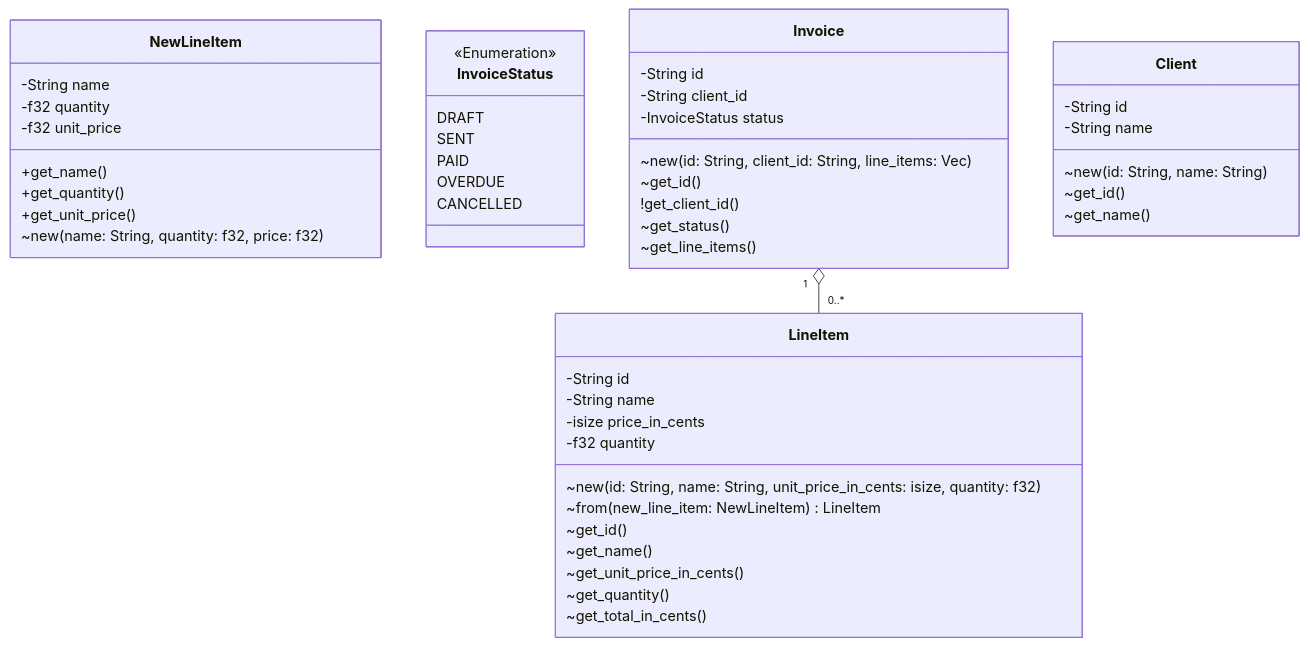
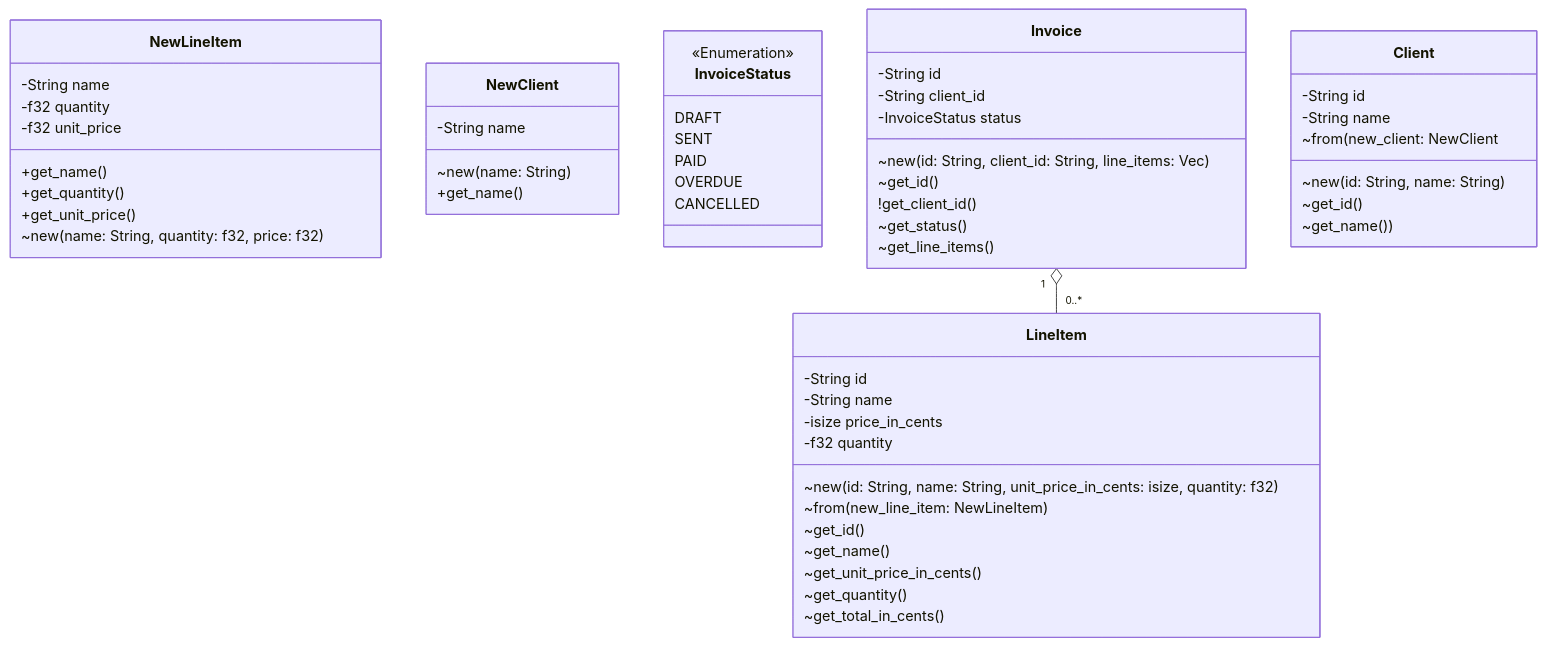
Before and after one commit to imcnaugh/finance_tracker: the diagram in src/model/README.md, drawn with Mermaid. The commit also changed 3 other files, not shown here.

````diff
--- a/src/model/README.md
+++ b/src/model/README.md
@@ -3,63 +3,71 @@
 ```mermaid
 classDiagram
     
     class NewLineItem{
         -String name
         -f32 quantity
         -f32 unit_price
         
         +get_name()
         +get_quantity()
         +get_unit_price()
 
         ~new(name: String, quantity: f32, price: f32)
     }
     
+    class NewClient{
+        -String name
+        
+        ~new(name: String)
+        +get_name()
+    }
+    
     class LineItem{
         -String id
         -String name
         -isize price_in_cents
         -f32 quantity
         
         ~new(id: String, name: String, unit_price_in_cents: isize, quantity: f32)
-        ~from(new_line_item: NewLineItem) LineItem
+        ~from(new_line_item: NewLineItem)
         ~get_id()
         ~get_name()
         ~get_unit_price_in_cents()
         ~get_quantity()
 
         ~get_total_in_cents()
     }
 
     
     class InvoiceStatus
     <<Enumeration>> InvoiceStatus
     InvoiceStatus : DRAFT
     InvoiceStatus : SENT
     InvoiceStatus : PAID
     InvoiceStatus : OVERDUE
     InvoiceStatus : CANCELLED
     
     class Invoice {
         -String id
         -String client_id
         -InvoiceStatus status
         
         ~new(id: String, client_id: String, line_items: Vec<LineItem>)
         ~get_id()
         !get_client_id()
         ~get_status()
         ~get_line_items()
     }
     
     class Client {
         -String id
         -String name
-        
+
+        ~from(new_client: NewClient
         ~new(id: String, name: String)
         ~get_id()
-        ~get_name()
+        ~get_name())
     }
     
     Invoice "1" o-- "0..*" LineItem
 ```
````
